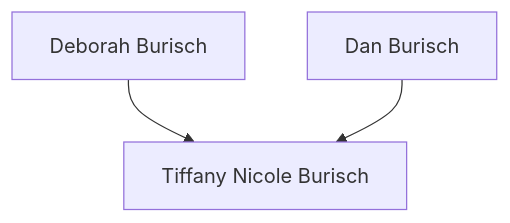
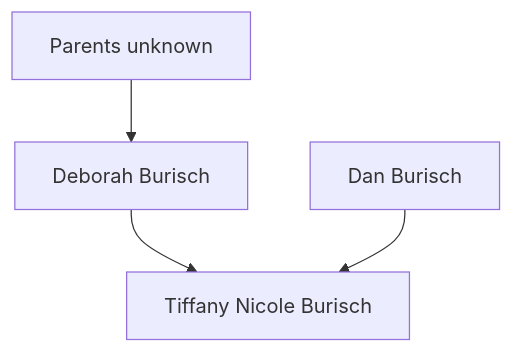
One commit to Black-Star-Institute/blackstar.github.io changed the diagram in docs/people/burisch_deborah.md. Above: the diagram before and after it, drawn with Mermaid.

````diff
--- a/docs/people/burisch_deborah.md
+++ b/docs/people/burisch_deborah.md
@@ -17,5 +17,6 @@
 ```mermaid
 graph TD;
+  anon[Parents unknown] --> deborah
   deborah[Deborah Burisch] --> tiffany[Tiffany Nicole Burisch]
   dan[Dan Burisch] --> tiffany
 ```
````
